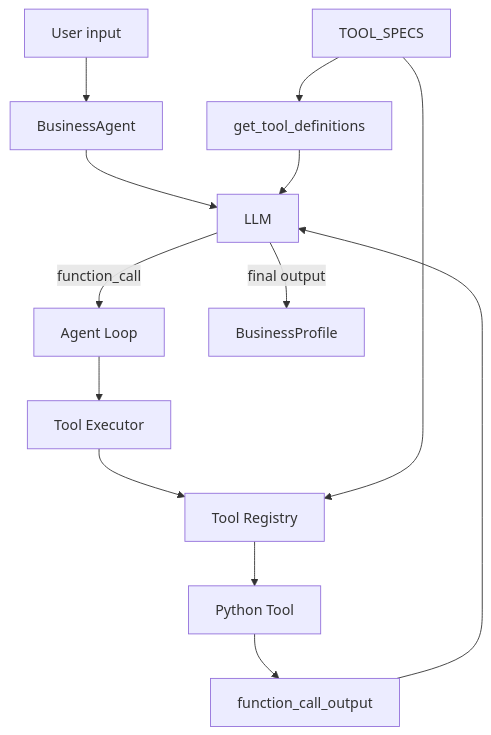
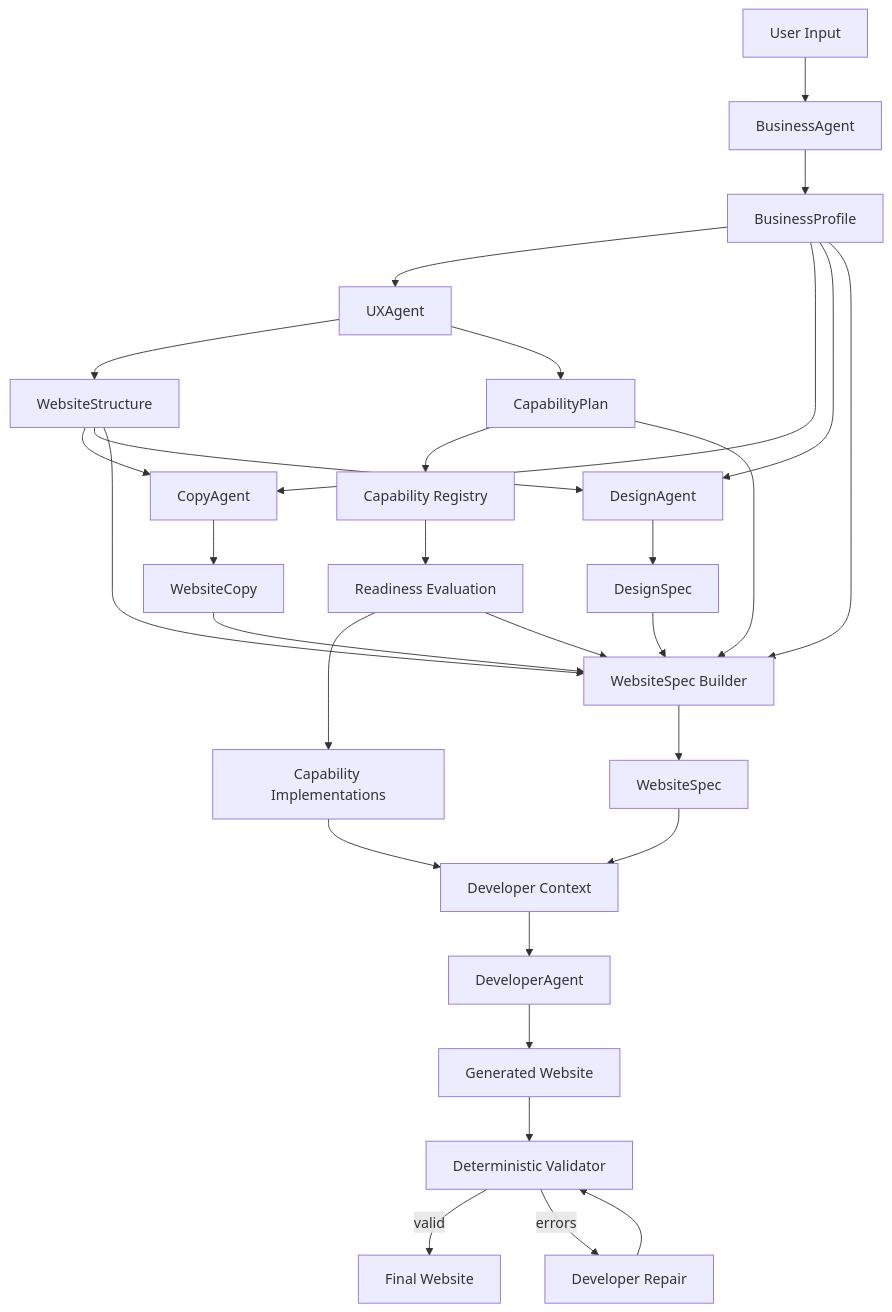
One commit to manumnzz/WebAgent changed the diagram in README.md. Above: the diagram before and after it, drawn with Mermaid. The commit also changed other lines of this file, not shown here.

Commit message:
docs: refresh README with current architecture and roadmap

````diff
--- a/README.md
+++ b/README.md
@@ -28,16 +32,40 @@
 ```mermaid
 flowchart TD
-    U[User input] --> BA[BusinessAgent]
-    BA --> M[LLM]
-    M -->|function_call| L[Agent Loop]
-    L --> E[Tool Executor]
-    E --> R[Tool Registry]
-    R --> T[Python Tool]
-    T --> O[function_call_output]
-    O --> M
-    M -->|final output| BP[BusinessProfile]
+    A[User Input] --> B[BusinessAgent]
+    B --> C[BusinessProfile]
 
-    S[TOOL_SPECS] --> D[get_tool_definitions]
-    D --> M
-    S --> R
+    C --> D[UXAgent]
+    D --> E[WebsiteStructure]
+    D --> F[CapabilityPlan]
+
+    C --> G[CopyAgent]
+    E --> G
+    G --> H[WebsiteCopy]
+
+    C --> I[DesignAgent]
+    E --> I
+    I --> J[DesignSpec]
+
+    F --> K[Capability Registry]
+    K --> L[Readiness Evaluation]
+    L --> M[Capability Implementations]
+
+    C --> N[WebsiteSpec Builder]
+    E --> N
+    H --> N
+    J --> N
+    F --> N
+    L --> N
+
+    N --> O[WebsiteSpec]
+    M --> P[Developer Context]
+    O --> P
+
+    P --> Q[DeveloperAgent]
+    Q --> R[Generated Website]
+
+    R --> S[Deterministic Validator]
+    S -->|valid| T[Final Website]
+    S -->|errors| U[Developer Repair]
+    U --> S
 ```
````
